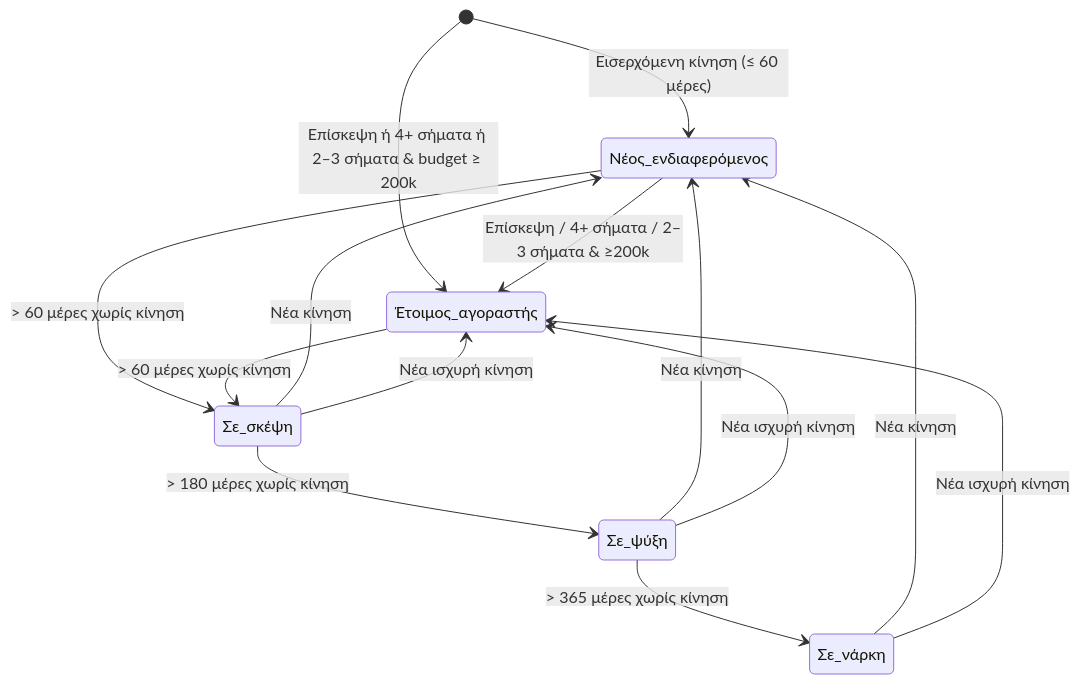
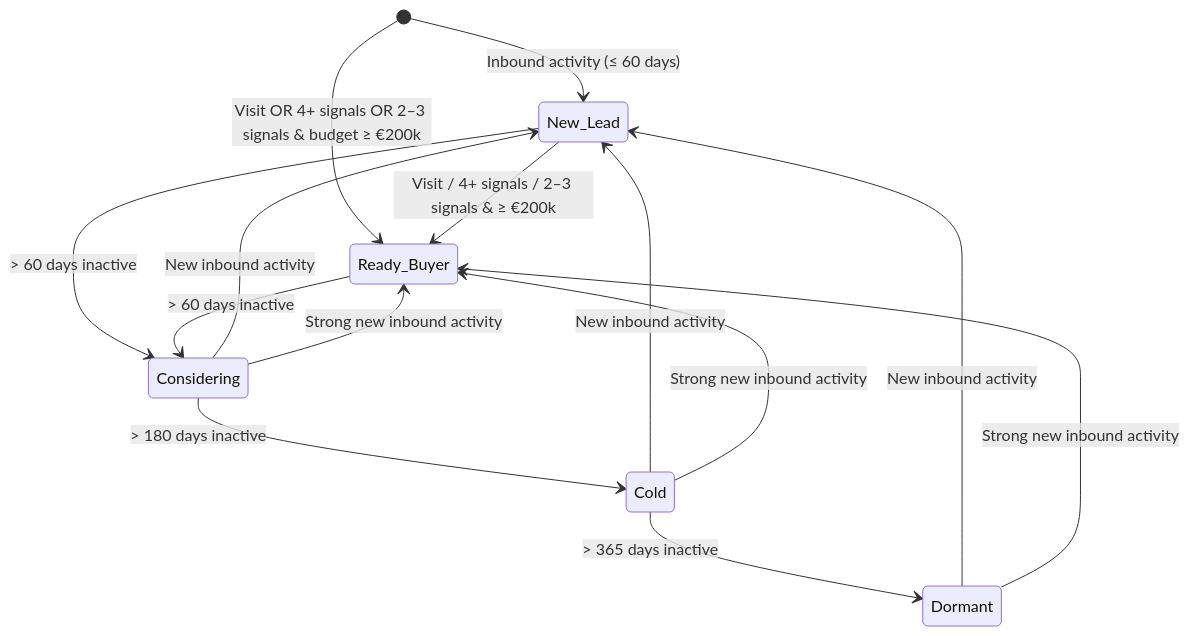
The diagram in README.md (karidasd/real-estate-rfm-segmentation), drawn with Mermaid before and after one commit. The commit also changed other lines of this file and 1 other file, not shown here.

````diff
--- a/README.md
+++ b/README.md
@@ -26,20 +39,20 @@
 ```mermaid
 stateDiagram-v2
-    [*] --> Νέος_ενδιαφερόμενος: Εισερχόμενη κίνηση (≤ 60 μέρες)
-    [*] --> Έτοιμος_αγοραστής: Επίσκεψη ή 4+ σήματα ή 2–3 σήματα & budget ≥ 200k
+    [*] --> New_Lead: Inbound activity (≤ 60 days)
+    [*] --> Ready_Buyer: Visit OR 4+ signals OR 2–3 signals & budget ≥ €200k
 
-    Νέος_ενδιαφερόμενος --> Έτοιμος_αγοραστής: Επίσκεψη / 4+ σήματα / 2–3 σήματα & ≥200k
-    Νέος_ενδιαφερόμενος --> Σε_σκέψη: > 60 μέρες χωρίς κίνηση
-    Έτοιμος_αγοραστής --> Σε_σκέψη: > 60 μέρες χωρίς κίνηση
+    New_Lead --> Ready_Buyer: Visit / 4+ signals / 2–3 signals & ≥ €200k
+    New_Lead --> Considering: > 60 days inactive
+    Ready_Buyer --> Considering: > 60 days inactive
 
-    Σε_σκέψη --> Σε_ψύξη: > 180 μέρες χωρίς κίνηση
-    Σε_σκέψη --> Νέος_ενδιαφερόμενος: Νέα κίνηση
-    Σε_σκέψη --> Έτοιμος_αγοραστής: Νέα ισχυρή κίνηση
+    Considering --> Cold: > 180 days inactive
+    Considering --> New_Lead: New inbound activity
+    Considering --> Ready_Buyer: Strong new inbound activity
 
-    Σε_ψύξη --> Σε_νάρκη: > 365 μέρες χωρίς κίνηση
-    Σε_ψύξη --> Νέος_ενδιαφερόμενος: Νέα κίνηση
-    Σε_ψύξη --> Έτοιμος_αγοραστής: Νέα ισχυρή κίνηση
+    Cold --> Dormant: > 365 days inactive
+    Cold --> New_Lead: New inbound activity
+    Cold --> Ready_Buyer: Strong new inbound activity
 
-    Σε_νάρκη --> Νέος_ενδιαφερόμενος: Νέα κίνηση
-    Σε_νάρκη --> Έτοιμος_αγοραστής: Νέα ισχυρή κίνηση
+    Dormant --> New_Lead: New inbound activity
+    Dormant --> Ready_Buyer: Strong new inbound activity
 ```
````
